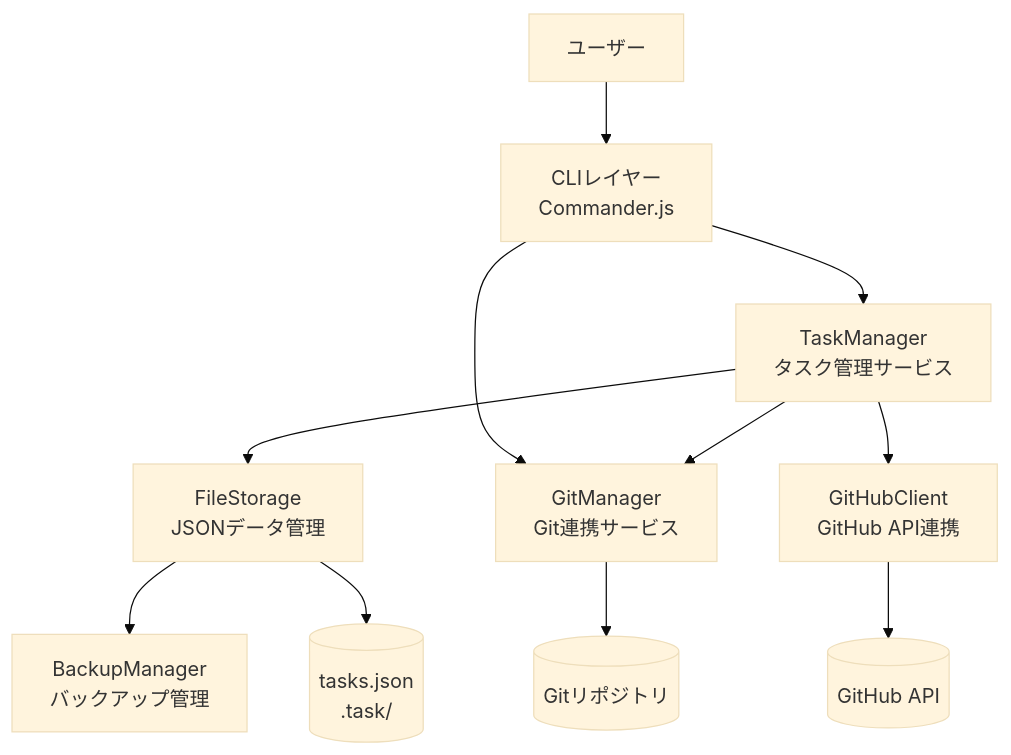
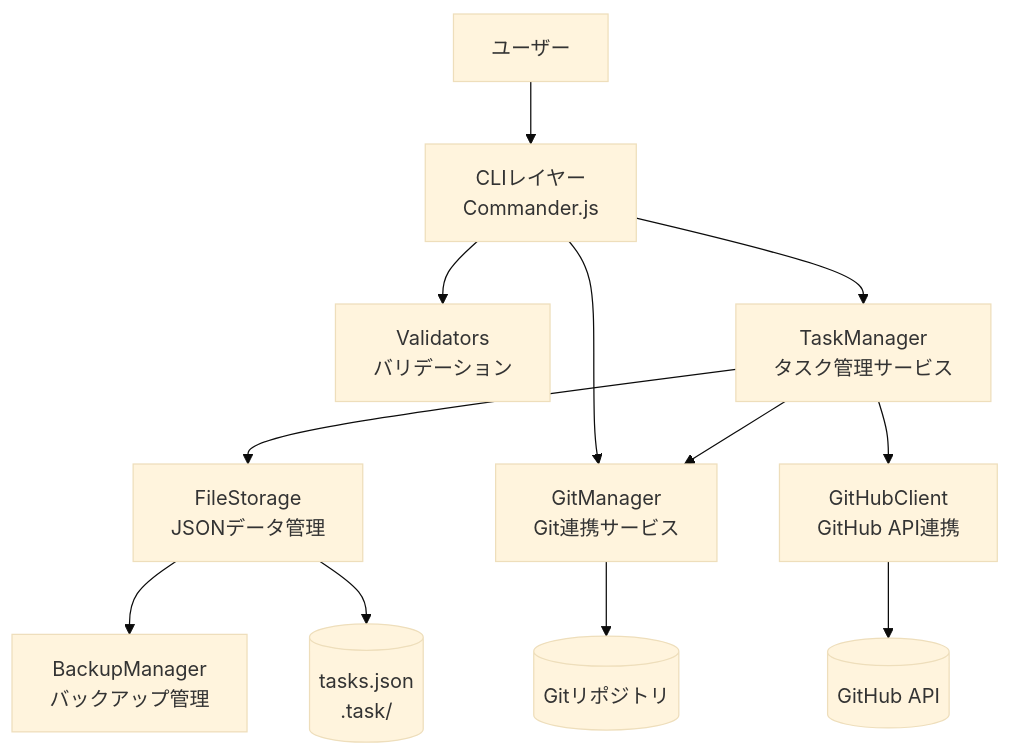
One commit to kyosawa/claude-code-book-chapter8 changed the first of 7 diagrams in docs/functional-design.md. Above: the diagram before and after it, drawn with Mermaid (base theme). The commit also changed other lines of this file, not shown here.

````diff
--- a/docs/functional-design.md
+++ b/docs/functional-design.md
@@ -5,24 +5,26 @@
 ```mermaid
 graph TB
     User[ユーザー]
     CLI[CLIレイヤー<br/>Commander.js]
+    Validators[Validators<br/>バリデーション]
     TaskManager[TaskManager<br/>タスク管理サービス]
     GitManager[GitManager<br/>Git連携サービス]
     GitHubClient[GitHubClient<br/>GitHub API連携]
     FileStorage[FileStorage<br/>JSONデータ管理]
     BackupManager[BackupManager<br/>バックアップ管理]
     JSON[(tasks.json<br/>.task/)]
     Git[(Gitリポジトリ)]
     GitHub[(GitHub API)]
 
     User --> CLI
+    CLI --> Validators
     CLI --> TaskManager
     CLI --> GitManager
     TaskManager --> FileStorage
     TaskManager --> GitManager
     TaskManager --> GitHubClient
     FileStorage --> BackupManager
     FileStorage --> JSON
     GitManager --> Git
     GitHubClient --> GitHub
 ```
````
